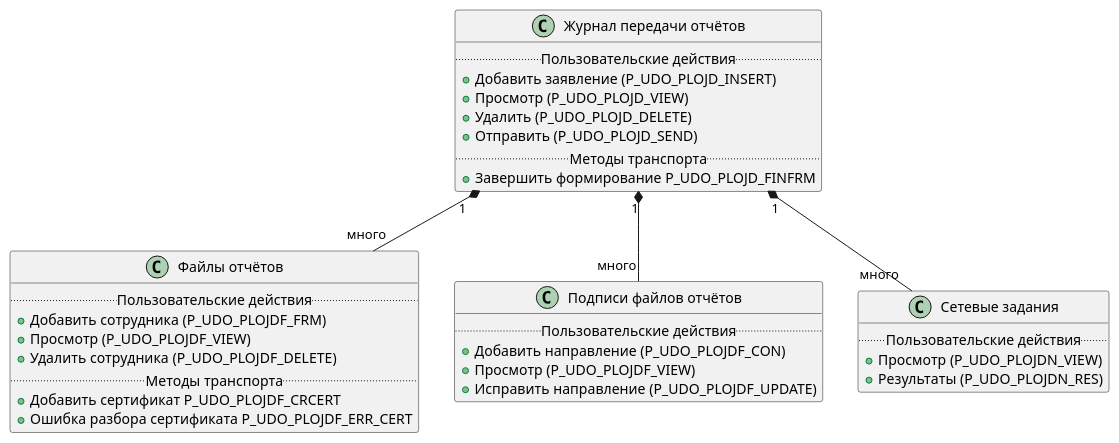
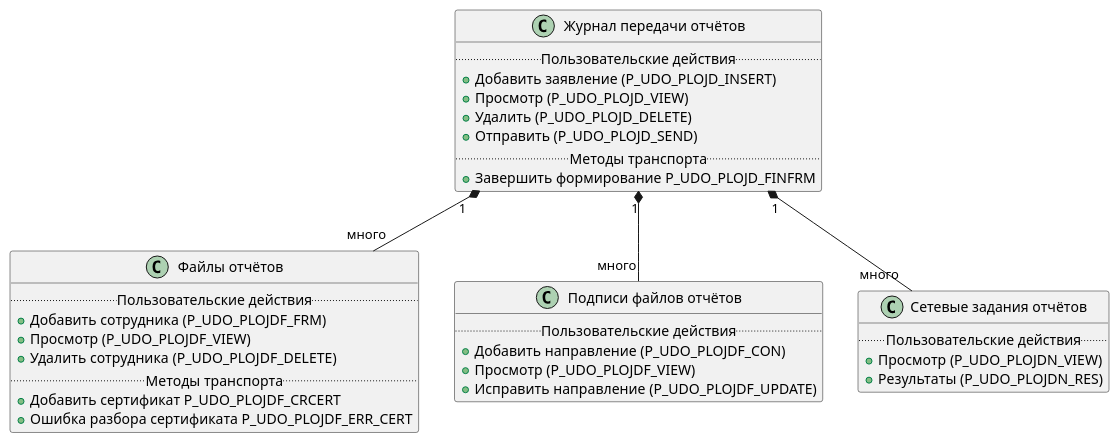
Before and after one commit to citpb/platform-astral-schemes: the diagram in udo_plojd_classes.puml, drawn with PlantUML.

Commit message:
Update udo_plojd_classes.puml
Исправлено имя класса Сетевые задания на Сетевые задания отчётов.

```diff
--- a/udo_plojd_classes.puml
+++ b/udo_plojd_classes.puml
@@ -1,40 +1,40 @@
 @startuml
 
  class "Журнал передачи отчётов" as MasterClass {
  ..Пользовательские действия..
  {method}+Добавить заявление (P_UDO_PLOJD_INSERT)
  {method}+Просмотр (P_UDO_PLOJD_VIEW)
  {method}+Удалить (P_UDO_PLOJD_DELETE)
  {method}+Отправить (P_UDO_PLOJD_SEND)
  ..Методы транспорта..
  {method}+Завершить формирование P_UDO_PLOJD_FINFRM
  }
 
  class "Файлы отчётов" as SpecClass1 {
  ..Пользовательские действия..
  {method}+Добавить сотрудника (P_UDO_PLOJDF_FRM)
  {method}+Просмотр (P_UDO_PLOJDF_VIEW)
  {method}+Удалить сотрудника (P_UDO_PLOJDF_DELETE)
  ..Методы транспорта..
  {method}+Добавить сертификат P_UDO_PLOJDF_CRCERT
  {method}+Ошибка разбора сертификата P_UDO_PLOJDF_ERR_CERT
  }
 
  class "Подписи файлов отчётов" as SpecClass2 {
  ..Пользовательские действия..
  {method}+Добавить направление (P_UDO_PLOJDF_CON)
  {method}+Просмотр (P_UDO_PLOJDF_VIEW)
  {method}+Исправить направление (P_UDO_PLOJDF_UPDATE)
  }
 
- class "Сетевые задания" as SpecClass3 {
+ class "Сетевые задания отчётов" as SpecClass3 {
  ..Пользовательские действия..
  {method}+Просмотр (P_UDO_PLOJDN_VIEW)
  {method}+Результаты (P_UDO_PLOJDN_RES)
  }
 
  MasterClass "1" *-- "много" SpecClass1
  MasterClass "1" *-- "много" SpecClass2
  MasterClass "1" *-- "много" SpecClass3
 
  @enduml
```
